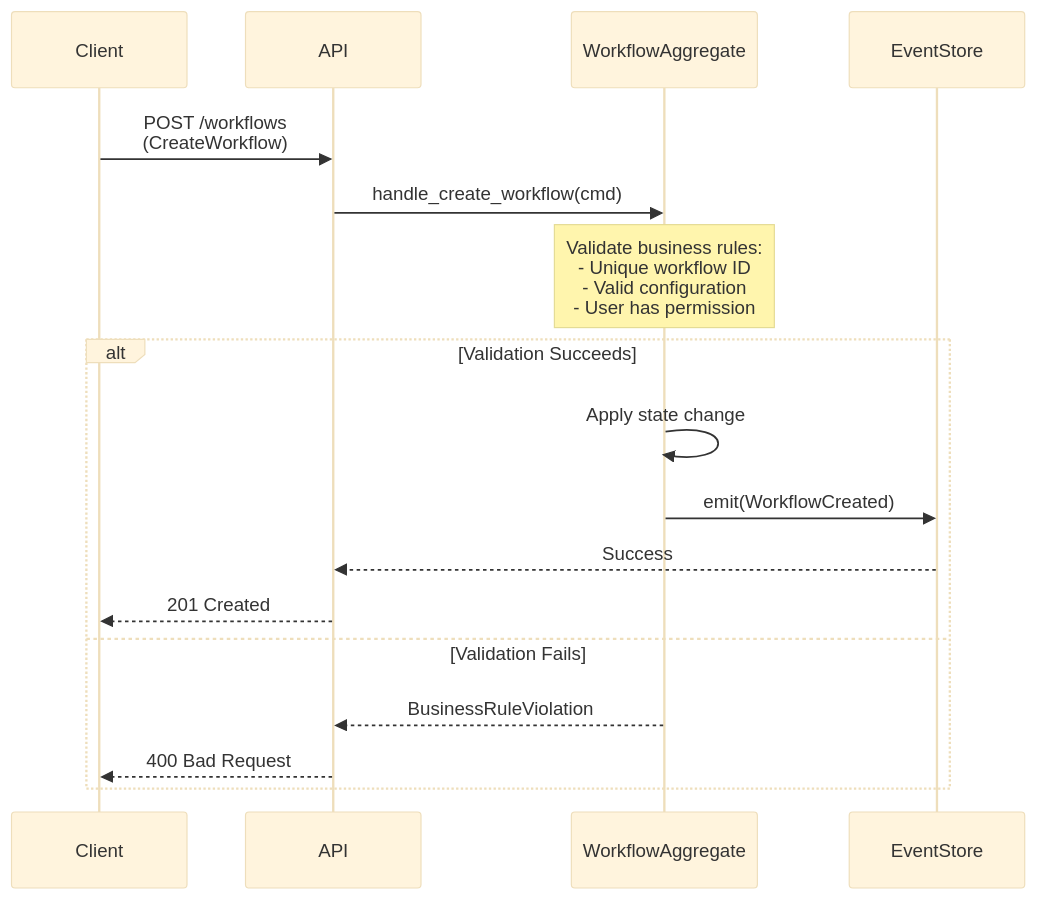
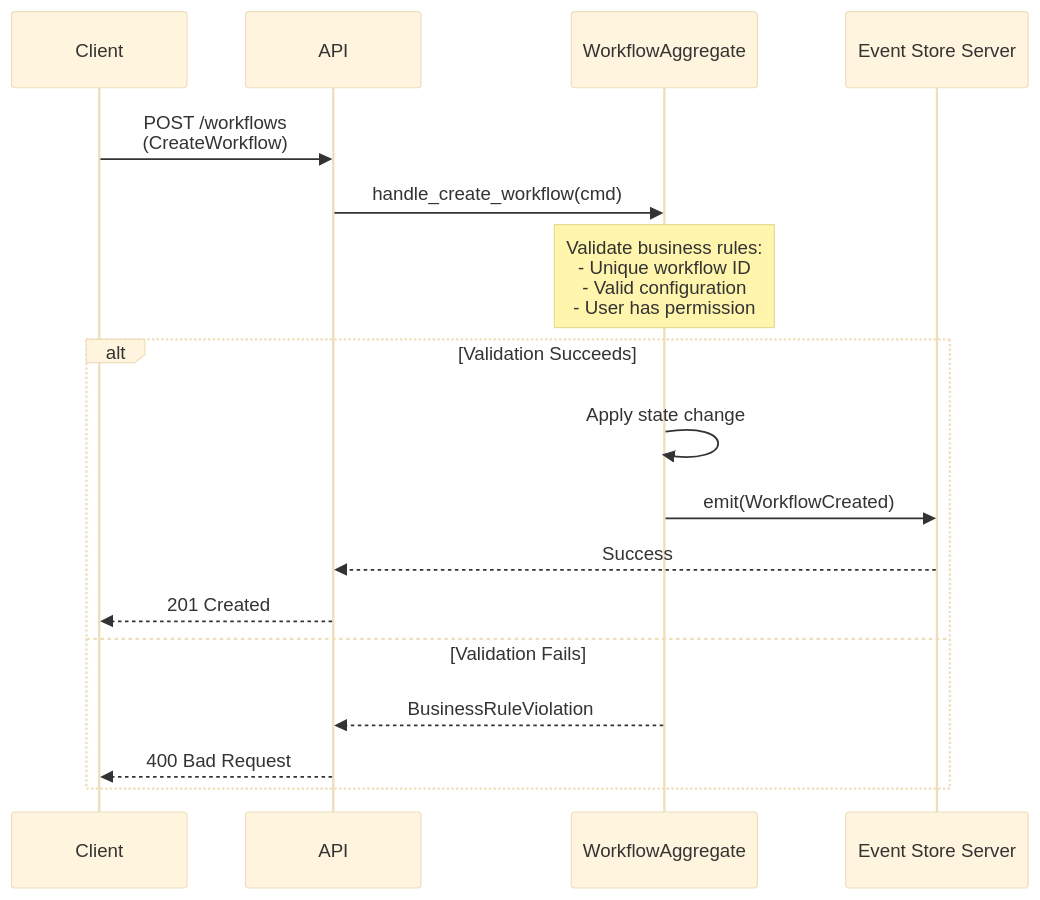
Before and after one commit to syntropic137/syntropic137: the second of 5 diagrams in docs/architecture/event-architecture.md, drawn with Mermaid (base theme). The commit also changed other lines of this file, not shown here.

First line of the commit message:
docs(architecture): clarify unified TimescaleDB storage

````diff
--- a/docs/architecture/event-architecture.md
+++ b/docs/architecture/event-architecture.md
@@ -97,22 +105,22 @@
 ```mermaid
 sequenceDiagram
     participant Client
     participant API
     participant Agg as WorkflowAggregate
-    participant ES as EventStore
+    participant ES as Event Store Server
     
     Client->>API: POST /workflows<br/>(CreateWorkflow)
     API->>Agg: handle_create_workflow(cmd)
     
     Note over Agg: Validate business rules:<br/>- Unique workflow ID<br/>- Valid configuration<br/>- User has permission
     
     alt Validation Succeeds
         Agg->>Agg: Apply state change
         Agg->>ES: emit(WorkflowCreated)
         ES-->>API: Success
         API-->>Client: 201 Created
     else Validation Fails
         Agg-->>API: BusinessRuleViolation
         API-->>Client: 400 Bad Request
     end
 ```
````
